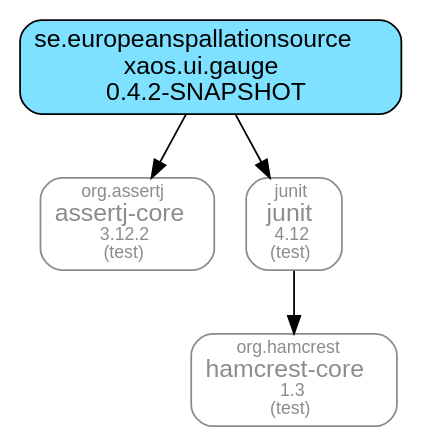
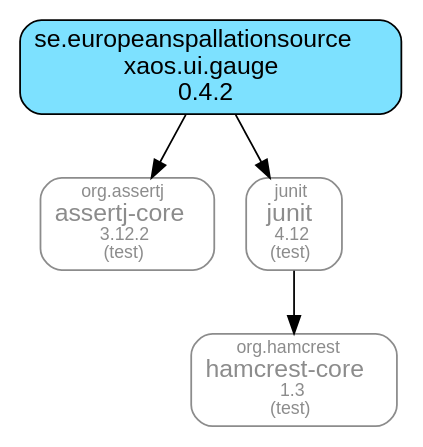
One commit to ESSICS/XAOS changed the diagram in xaos.ui.gauge.module/doc/maven-dependencies.dot. Above: the diagram before and after it, drawn with Graphviz. The commit also changed 37 other files, not shown here.

```diff
--- a/xaos.ui.gauge.module/doc/maven-dependencies.dot
+++ b/xaos.ui.gauge.module/doc/maven-dependencies.dot
@@ -1,15 +1,15 @@
 digraph "xaos.ui.gauge" {
   node [shape="box",style="rounded",fontname="Helvetica",fontsize="14"]
   edge [fontsize="10",fontname="Helvetica"]
 
   // Node Definitions:
-  "se.europeanspallationsource:xaos.ui.gauge:jar"[shape="box",style="rounded, filled",fillcolor="#7DE1FF",label=<se.europeanspallationsource<br/>xaos.ui.gauge<br/>0.4.2-SNAPSHOT>]
+  "se.europeanspallationsource:xaos.ui.gauge:jar"[shape="box",style="rounded, filled",fillcolor="#7DE1FF",label=<se.europeanspallationsource<br/>xaos.ui.gauge<br/>0.4.2>]
   "org.assertj:assertj-core:jar"[shape="box",style="rounded",color="grey55",fontname="Helvetica",fontsize="14",fontcolor="grey55",label=<<font color="grey55" point-size="10">org.assertj</font><br/>assertj-core<font color="grey55" point-size="10"><br/>3.12.2</font><font color="grey55" point-size="10"><br/>(test)</font>>]
   "junit:junit:jar"[shape="box",style="rounded",color="grey55",fontname="Helvetica",fontsize="14",fontcolor="grey55",label=<<font color="grey55" point-size="10">junit</font><br/>junit<font color="grey55" point-size="10"><br/>4.12</font><font color="grey55" point-size="10"><br/>(test)</font>>]
   "org.hamcrest:hamcrest-core:jar"[shape="box",style="rounded",color="grey55",fontname="Helvetica",fontsize="14",fontcolor="grey55",label=<<font color="grey55" point-size="10">org.hamcrest</font><br/>hamcrest-core<font color="grey55" point-size="10"><br/>1.3</font><font color="grey55" point-size="10"><br/>(test)</font>>]
 
   // Edge Definitions:
   "se.europeanspallationsource:xaos.ui.gauge:jar" -> "org.assertj:assertj-core:jar"
   "junit:junit:jar" -> "org.hamcrest:hamcrest-core:jar"
   "se.europeanspallationsource:xaos.ui.gauge:jar" -> "junit:junit:jar"
 }
```
